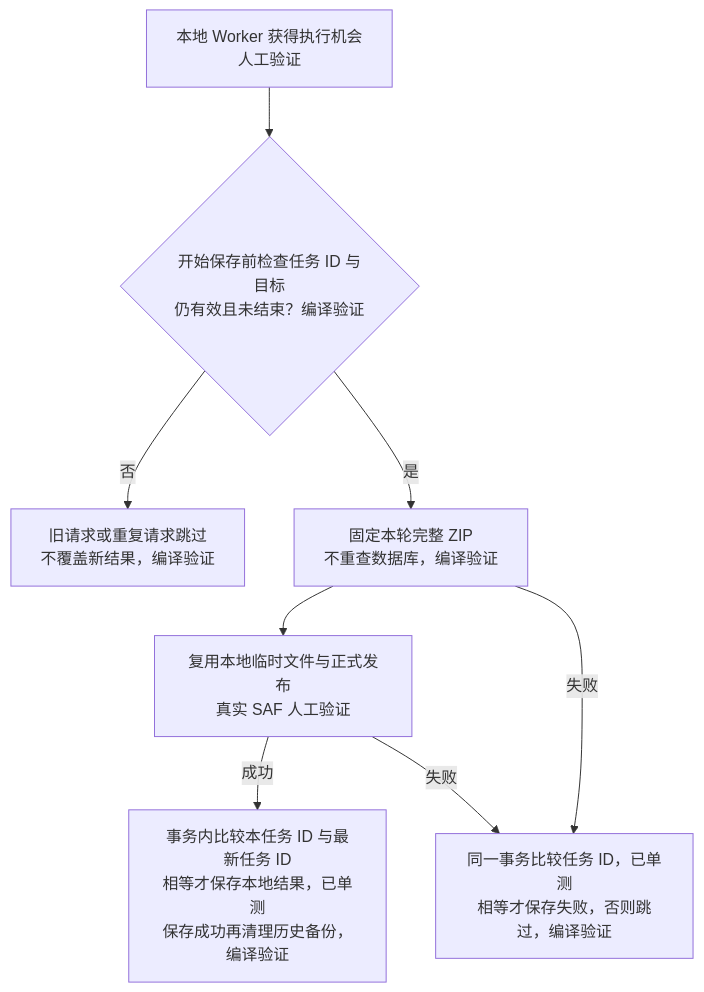
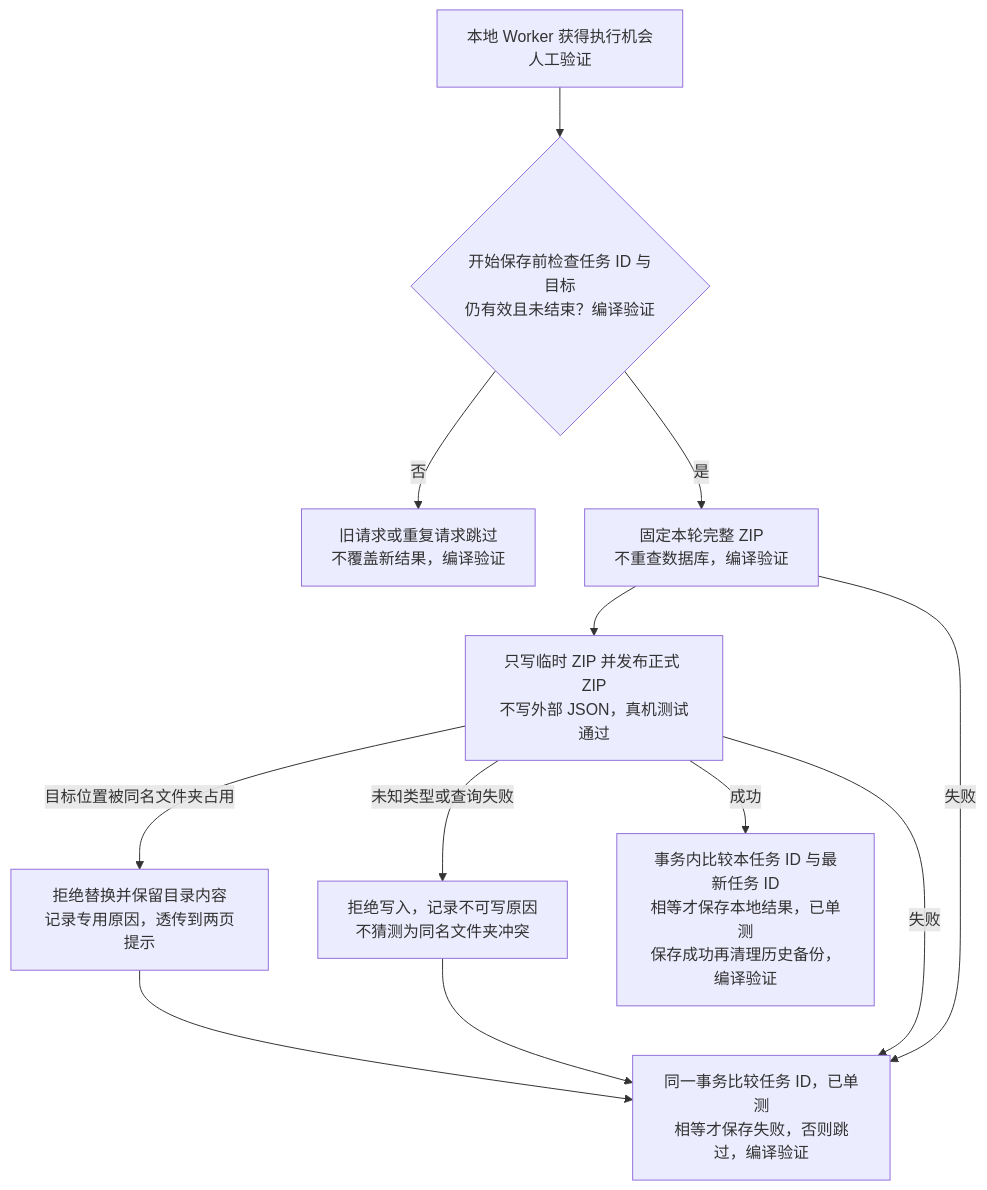
The tenth of 14 diagrams in docs/webdav_backup_plan.md (lwcla/ClipMaster), drawn with Mermaid before and after one commit. The commit also changed other lines of this file and 56 other files, not shown here.

````diff
--- a/docs/webdav_backup_plan.md
+++ b/docs/webdav_backup_plan.md
@@ -1455,11 +1531,15 @@
 ```mermaid
 %% title: 当前实现：本地独立保存
 flowchart TD
     Start["本地 Worker 获得执行机会<br/>人工验证"] --> Check{"开始保存前检查任务 ID 与目标<br/>仍有效且未结束？编译验证"}
     Check -->|否| Skip["旧请求或重复请求跳过<br/>不覆盖新结果，编译验证"]
     Check -->|是| Read["固定本轮完整 ZIP<br/>不重查数据库，编译验证"]
-    Read --> Write["复用本地临时文件与正式发布<br/>真实 SAF 人工验证"]
+    Read --> Write["只写临时 ZIP 并发布正式 ZIP<br/>不写外部 JSON，真机测试通过"]
+    Write -->|目标位置被同名文件夹占用| Conflict["拒绝替换并保留目录内容<br/>记录专用原因，透传到两页提示"]
+    Conflict --> Failure
+    Write -->|未知类型或查询失败| Storage["拒绝写入，记录不可写原因<br/>不猜测为同名文件夹冲突"]
+    Storage --> Failure
     Write -->|成功| Success["事务内比较本任务 ID 与最新任务 ID<br/>相等才保存本地结果，已单测<br/>保存成功再清理历史备份，编译验证"]
     Read -->|失败| Failure["同一事务比较任务 ID，已单测<br/>相等才保存失败，否则跳过，编译验证"]
     Write -->|失败| Failure
 ```
````
